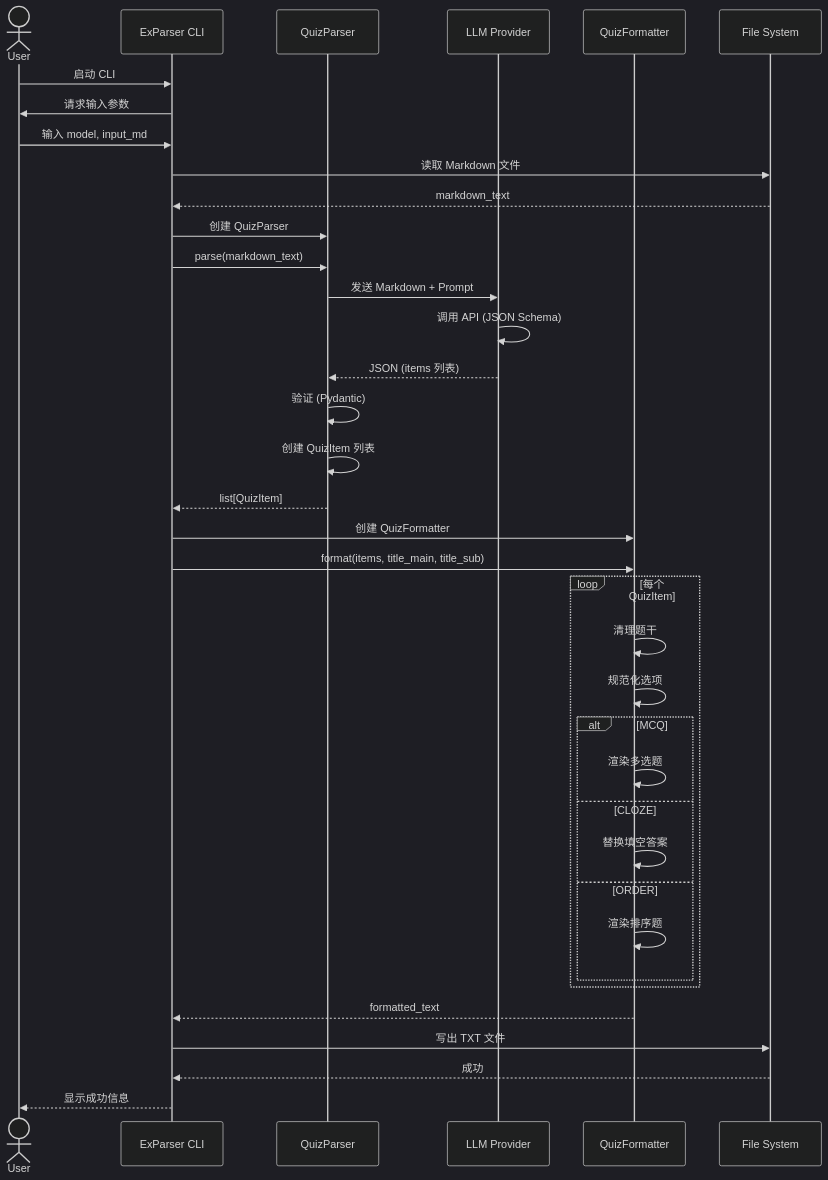
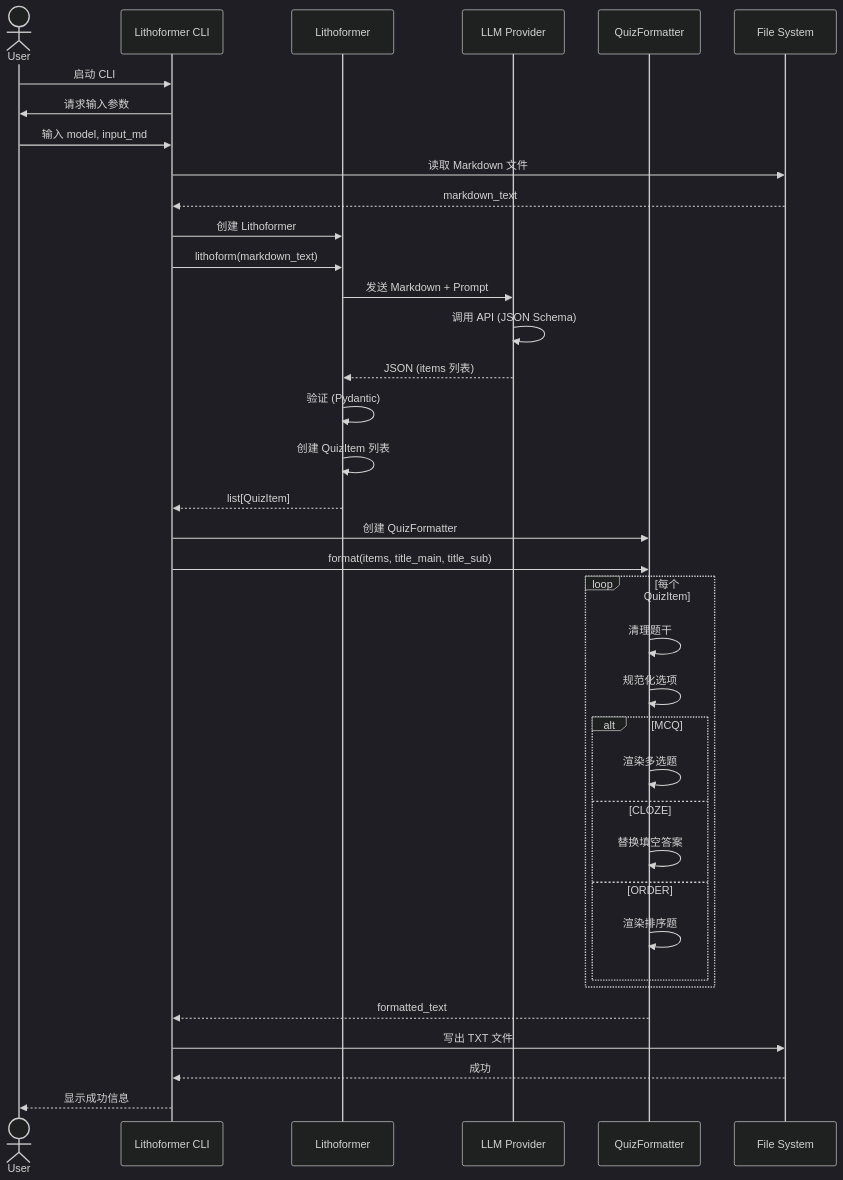
One commit to C1M0N/Memosyne changed the eighth of 11 diagrams in ARCHITECTURE.md. Above: the diagram before and after it, drawn with Mermaid (dark theme). The commit also changed other lines of this file and 22 other files, not shown here.

First line of the commit message:
[v0.6.2] 系统性重命名：MMS→Reanimater & ExParser→Lithoformer

````diff
--- a/ARCHITECTURE.md
+++ b/ARCHITECTURE.md
@@ -377,49 +377,49 @@
 ```mermaid
 sequenceDiagram
     actor User
-    participant CLI as ExParser CLI
-    participant QP as QuizParser
+    participant CLI as Lithoformer CLI
+    participant LF as Lithoformer
     participant LLM as LLM Provider
     participant QF as QuizFormatter
     participant File as File System
 
     User->>CLI: 启动 CLI
     CLI->>User: 请求输入参数
     User->>CLI: 输入 model, input_md
 
     CLI->>File: 读取 Markdown 文件
     File-->>CLI: markdown_text
 
-    CLI->>QP: 创建 QuizParser
-    CLI->>QP: parse(markdown_text)
+    CLI->>LF: 创建 Lithoformer
+    CLI->>LF: lithoform(markdown_text)
 
-    QP->>LLM: 发送 Markdown + Prompt
+    LF->>LLM: 发送 Markdown + Prompt
     LLM->>LLM: 调用 API (JSON Schema)
-    LLM-->>QP: JSON (items 列表)
+    LLM-->>LF: JSON (items 列表)
 
-    QP->>QP: 验证 (Pydantic)
-    QP->>QP: 创建 QuizItem 列表
-    QP-->>CLI: list[QuizItem]
+    LF->>LF: 验证 (Pydantic)
+    LF->>LF: 创建 QuizItem 列表
+    LF-->>CLI: list[QuizItem]
 
     CLI->>QF: 创建 QuizFormatter
     CLI->>QF: format(items, title_main, title_sub)
 
     loop 每个 QuizItem
         QF->>QF: 清理题干
         QF->>QF: 规范化选项
         alt MCQ
             QF->>QF: 渲染多选题
         else CLOZE
             QF->>QF: 替换填空答案
         else ORDER
             QF->>QF: 渲染排序题
         end
     end
 
     QF-->>CLI: formatted_text
 
     CLI->>File: 写出 TXT 文件
     File-->>CLI: 成功
 
     CLI-->>User: 显示成功信息
 ```
````
